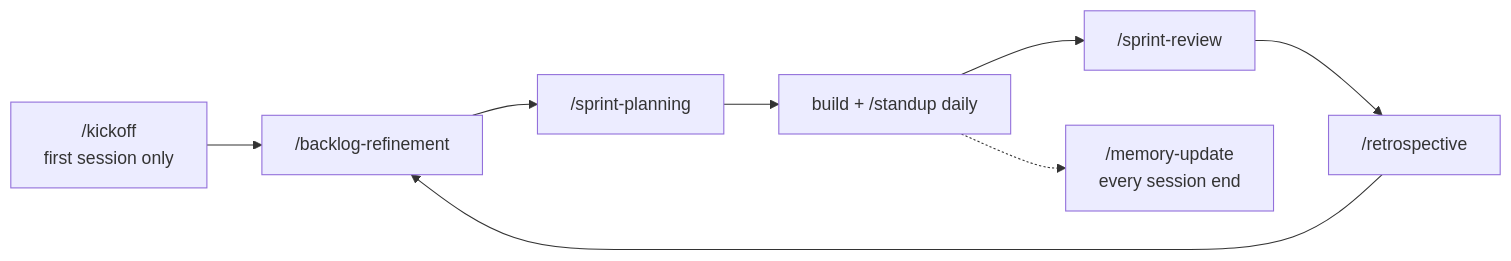
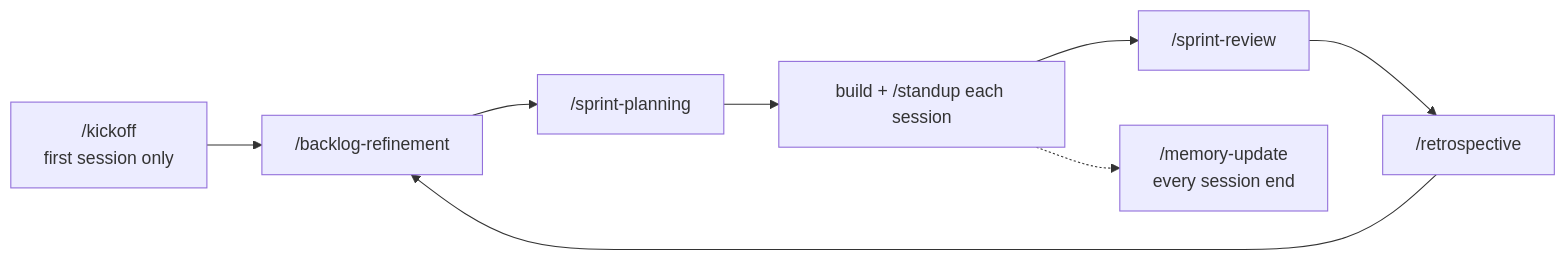
One commit to vincentheimann/create-agentic-workspace changed the diagram in template/GETTING-STARTED.md. Above: the diagram before and after it, drawn with Mermaid. The commit also changed other lines of this file and 12 other files, not shown here.

````diff
--- a/template/GETTING-STARTED.md
+++ b/template/GETTING-STARTED.md
@@ -73,10 +73,10 @@
 ```mermaid
 flowchart LR
     K["/kickoff<br/>first session only"] --> R["/backlog-refinement"]
     R --> P["/sprint-planning"]
-    P --> W["build + /standup daily"]
+    P --> W["build + /standup each session"]
     W --> V["/sprint-review"]
     V --> T["/retrospective"]
     T --> R
     W -.-> M["/memory-update<br/>every session end"]
 ```
````
